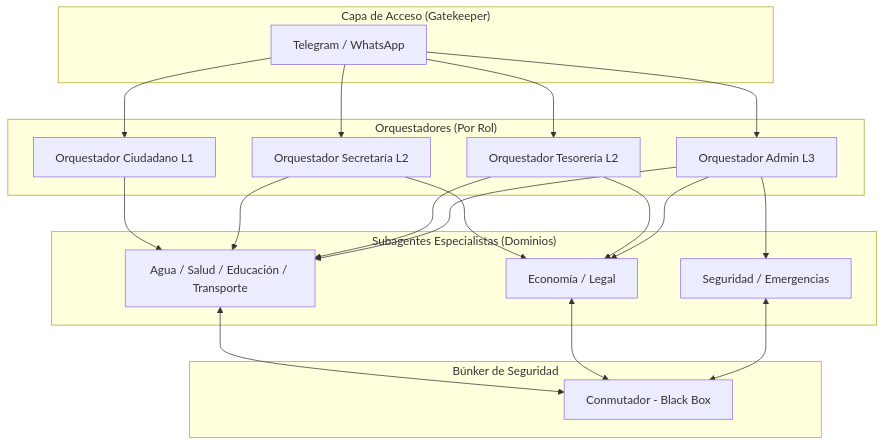
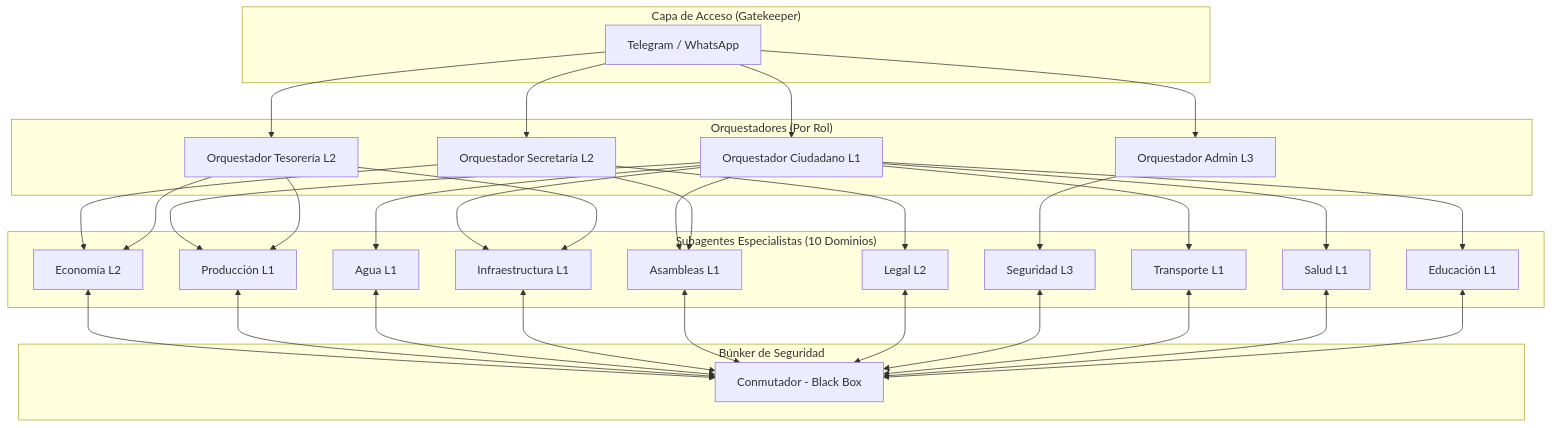
One commit to ariutokintumi/IAldea-org changed the diagram in docs/architecture/real_state_dia_04.md. Above: the diagram before and after it, drawn with Mermaid. The commit also changed other lines of this file and 3 other files, not shown here.

````diff
--- a/docs/architecture/real_state_dia_04.md
+++ b/docs/architecture/real_state_dia_04.md
@@ -25,47 +25,44 @@
 ```mermaid
 graph TD
     subgraph "Capa de Acceso (Gatekeeper)"
         TG[Telegram / WhatsApp]
     end
 
     subgraph "Orquestadores (Por Rol)"
         OC[Orquestador Ciudadano L1]
         OS[Orquestador Secretaría L2]
         OT[Orquestador Tesorería L2]
         OA[Orquestador Admin L3]
     end
 
-    subgraph "Subagentes Especialistas (Dominios)"
-        SA[Agua / Salud / Educación / Transporte]
-        SE[Economía / Legal]
-        SS[Seguridad / Emergencias]
+    subgraph "Subagentes Especialistas (10 Dominios)"
+        S1[Economía L2]
+        S2[Producción L1]
+        S3[Agua L1]
+        S4[Infraestructura L1]
+        S5[Asambleas L1]
+        S6[Legal L2]
+        S7[Seguridad L3]
+        S8[Transporte L1]
+        S9[Salud L1]
+        S10[Educación L1]
     end
 
     subgraph "Búnker de Seguridad"
         CB[Conmutador - Black Box]
     end
 
     TG --> OC
     TG --> OS
     TG --> OT
     TG --> OA
 
-    %% Permisos L1
-    OC --> SA
-    OS --> SA
-    OT --> SA
-    OA --> SA
-
-    %% Permisos L2
-    OS --> SE
-    OT --> SE
-    OA --> SE
-
-    %% Permisos L3
-    OA --> SS
+    %% Enlaces a Subagentes (Lógica de niveles)
+    OC --> S2 & S3 & S4 & S5 & S8 & S9 & S10
+    OS --> S1 & S5 & S6
+    OT --> S1 & S2 & S4
+    OA --> S7
 
     %% Flujo de Descifrado
-    SA <--> CB
-    SE <--> CB
-    SS <--> CB
+    S1 & S2 & S3 & S4 & S5 & S6 & S7 & S8 & S9 & S10 <--> CB
 ```
````
